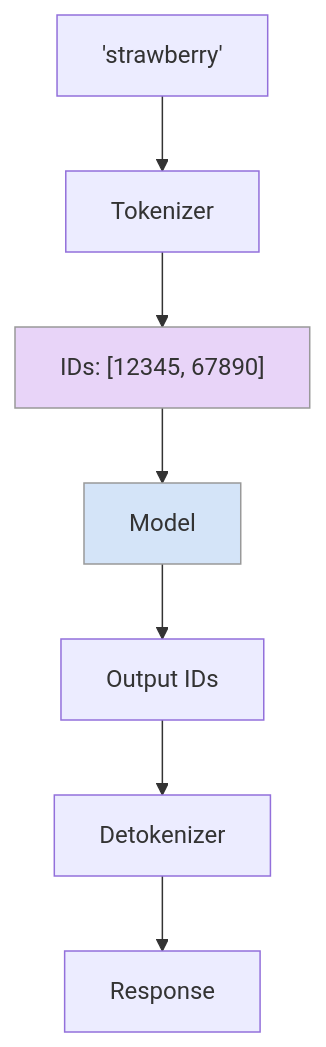
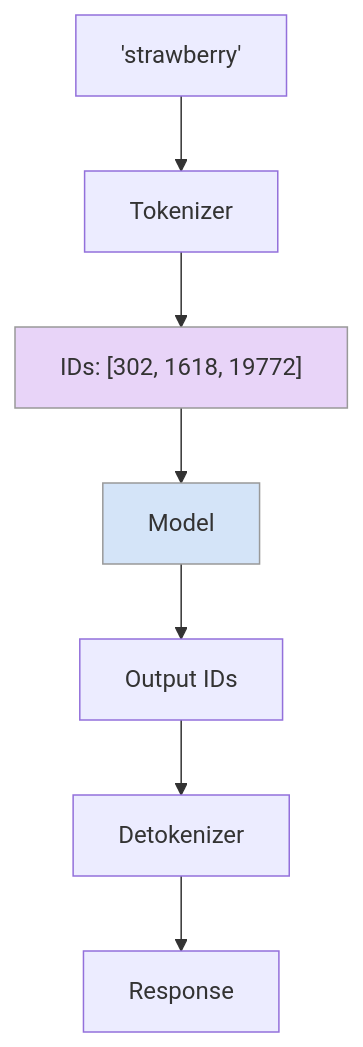
Before and after one commit to KylinDC/llm-session: the first of 11 diagrams in slides.md, drawn with Mermaid. The commit also changed other lines of this file and 2 other files, not shown here.

````diff
--- a/slides.md
+++ b/slides.md
@@ -92,12 +84,12 @@
 ```mermaid
 graph TD
     A["'strawberry'"] --> B[Tokenizer]
-    B --> C["IDs: [12345, 67890]"]
+    B --> C["IDs: [302, 1618, 19772]"]
     C --> D[Model]
     D --> E["Output IDs"]
     E --> F[Detokenizer]
     F --> G["Response"]
 
     style C fill:#E8D4F8,stroke:#999
     style D fill:#D4E4F8,stroke:#999
 ```
````
